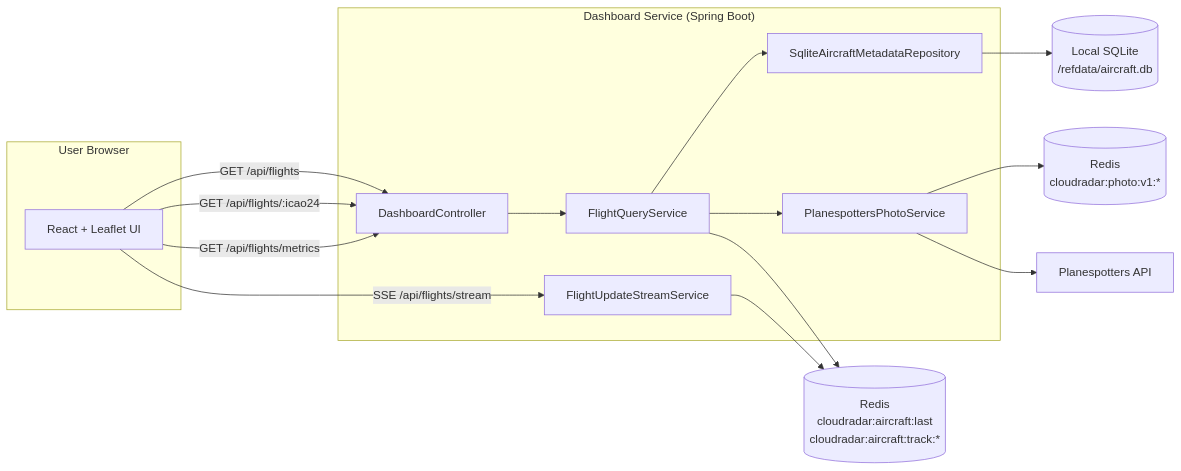
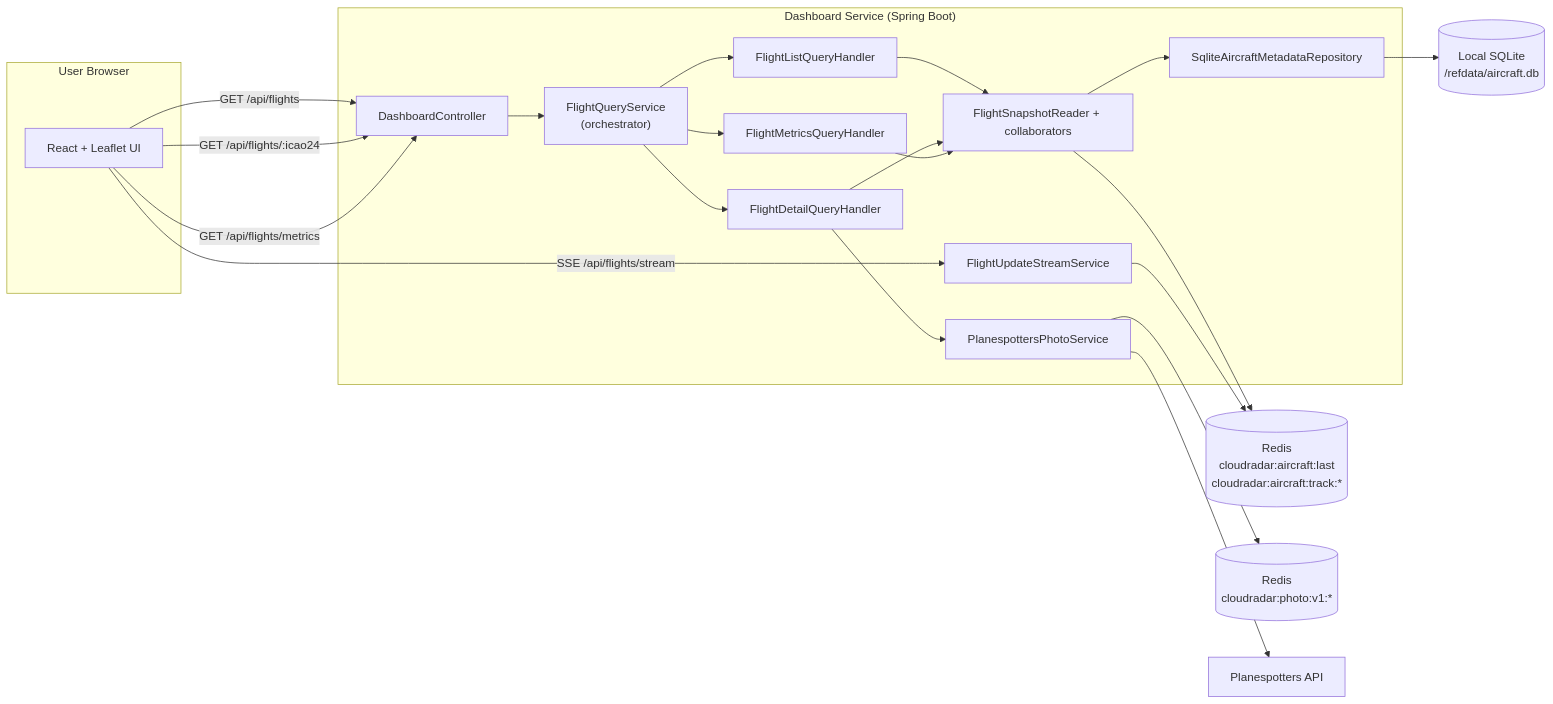
The second of 4 diagrams in docs/architecture/frontend-dashboard-technical-architecture.md (ClementV78/CloudRadar), drawn with Mermaid before and after one commit. The commit also changed other lines of this file and 5 other files, not shown here.

First line of the commit message:
docs(dashboard): sync architecture and testing docs

````diff
--- a/docs/architecture/frontend-dashboard-technical-architecture.md
+++ b/docs/architecture/frontend-dashboard-technical-architecture.md
@@ -40,33 +46,43 @@
 ```mermaid
 flowchart LR
   subgraph Browser["User Browser"]
     UI["React + Leaflet UI"]
   end
 
   subgraph API["Dashboard Service (Spring Boot)"]
     CTRL["DashboardController"]
-    QUERY["FlightQueryService"]
+    QUERY["FlightQueryService<br/>(orchestrator)"]
+    LIST["FlightListQueryHandler"]
+    DETAIL["FlightDetailQueryHandler"]
+    METRICS["FlightMetricsQueryHandler"]
+    SNAP["FlightSnapshotReader + collaborators"]
     STREAM["FlightUpdateStreamService"]
     META["SqliteAircraftMetadataRepository"]
     PHOTO["PlanespottersPhotoService"]
   end
 
   REDIS[("Redis\ncloudradar:aircraft:last\ncloudradar:aircraft:track:*")]
   REDIS_PHOTO[("Redis\ncloudradar:photo:v1:*")]
   SQLITE[("Local SQLite\n/refdata/aircraft.db")]
   PS["Planespotters API"]
 
   UI -->|"GET /api/flights"| CTRL
   UI -->|"GET /api/flights/:icao24"| CTRL
   UI -->|"GET /api/flights/metrics"| CTRL
   UI -->|"SSE /api/flights/stream"| STREAM
 
   CTRL --> QUERY
-  QUERY --> REDIS
-  QUERY --> META
+  QUERY --> LIST
+  QUERY --> DETAIL
+  QUERY --> METRICS
+  LIST --> SNAP
+  DETAIL --> SNAP
+  METRICS --> SNAP
+  SNAP --> REDIS
+  SNAP --> META
   META --> SQLITE
-  QUERY --> PHOTO
+  DETAIL --> PHOTO
   PHOTO --> REDIS_PHOTO
   PHOTO --> PS
   STREAM --> REDIS
 ```
````
